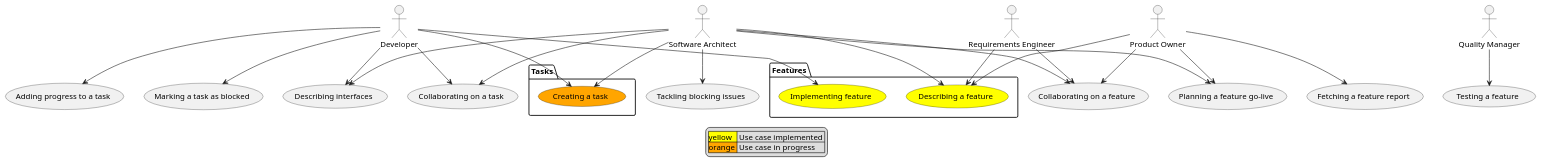
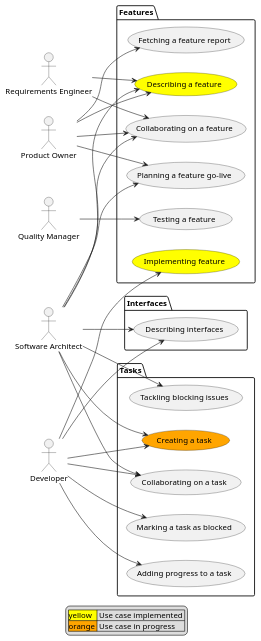
Before and after one commit to huberchrigu/give-me-features: the diagram in docs/use-cases.plantuml, drawn with PlantUML. The commit also changed 1 other file, not shown here.

```diff
--- a/docs/use-cases.plantuml
+++ b/docs/use-cases.plantuml
@@ -1,61 +1,66 @@
 @startuml
+left to right direction
+
 :Developer:
 :Product Owner: as PO
 :Requirements Engineer: as RE
 :Software Architect: as Architect
 :Quality Manager: as QM
 
 package Features {
 (Describing a feature) as NewFeature #yellow
 (Implementing feature) as FeatureImplementation #yellow
+(Fetching a feature report) as Report
+(Planning a feature go-live) as GoLive
+(Collaborating on a feature) as CollabFeature
+(Testing a feature) as Testing
 }
+
 package Tasks {
 (Creating a task) as NewTask #orange
-}
 (Adding progress to a task) as Progress
 (Marking a task as blocked) as Blocked
-(Fetching a feature report) as Report
 (Tackling blocking issues) as Tackling
-(Planning a feature go-live) as GoLive
-(Describing interfaces) as Interfaces
-(Collaborating on a feature) as CollabFeature
 (Collaborating on a task) as CollabTask
-(Testing a feature) as Testing
+}
+package Interfaces {
+(Describing interfaces) as NewInterface
+}
 
 RE --> NewFeature
 Architect --> NewFeature
 PO --> NewFeature
 
 Developer --> FeatureImplementation
 Developer --> NewTask
 Architect --> NewTask
 
 Developer --> Progress
 
 Developer --> Blocked
 
 PO --> Report
 
 Architect --> Tackling
 
 Architect --> GoLive
 PO --> GoLive
 
-Architect --> Interfaces
-Developer --> Interfaces
+Architect --> NewInterface
+Developer --> NewInterface
 
 RE --> CollabFeature
 Architect --> CollabFeature
 PO --> CollabFeature
 
 Architect --> CollabTask
 Developer --> CollabTask
 
 QM --> Testing
 
 legend
   | <#yellow>yellow  | Use case implemented |
   | <#orange>orange | Use case in progress |
 end legend
 
 @enduml
```
